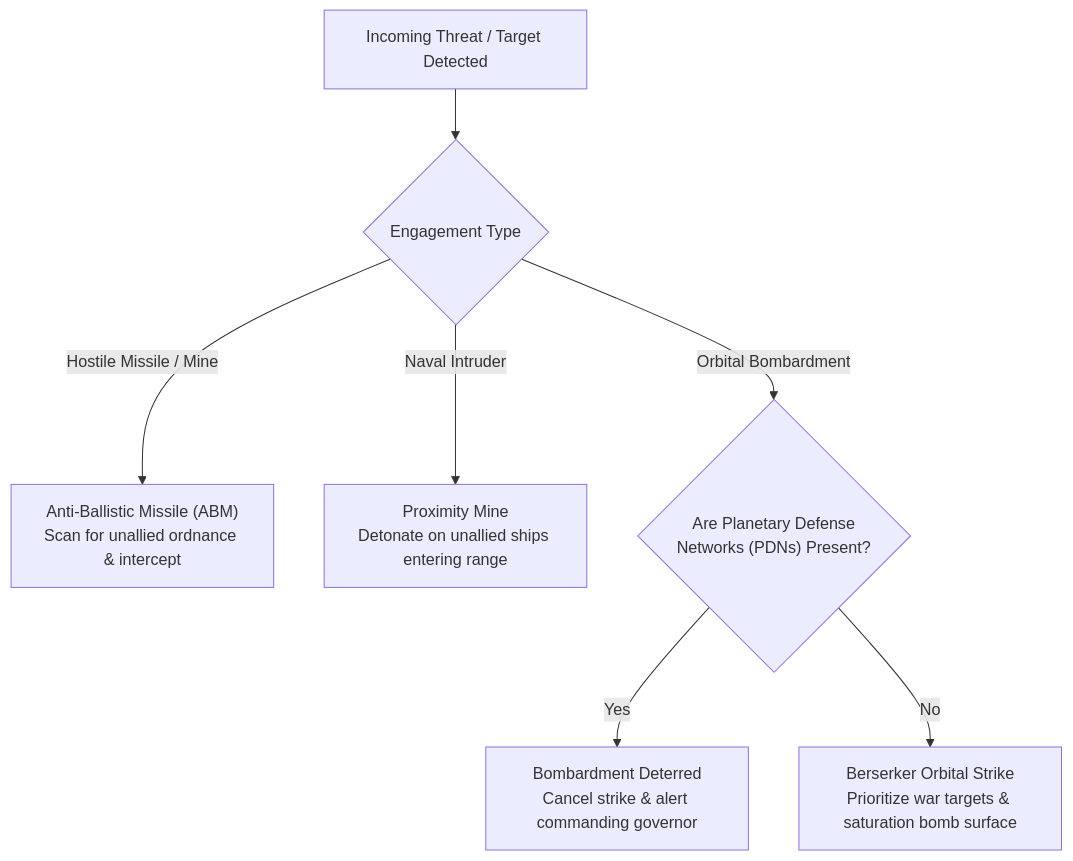
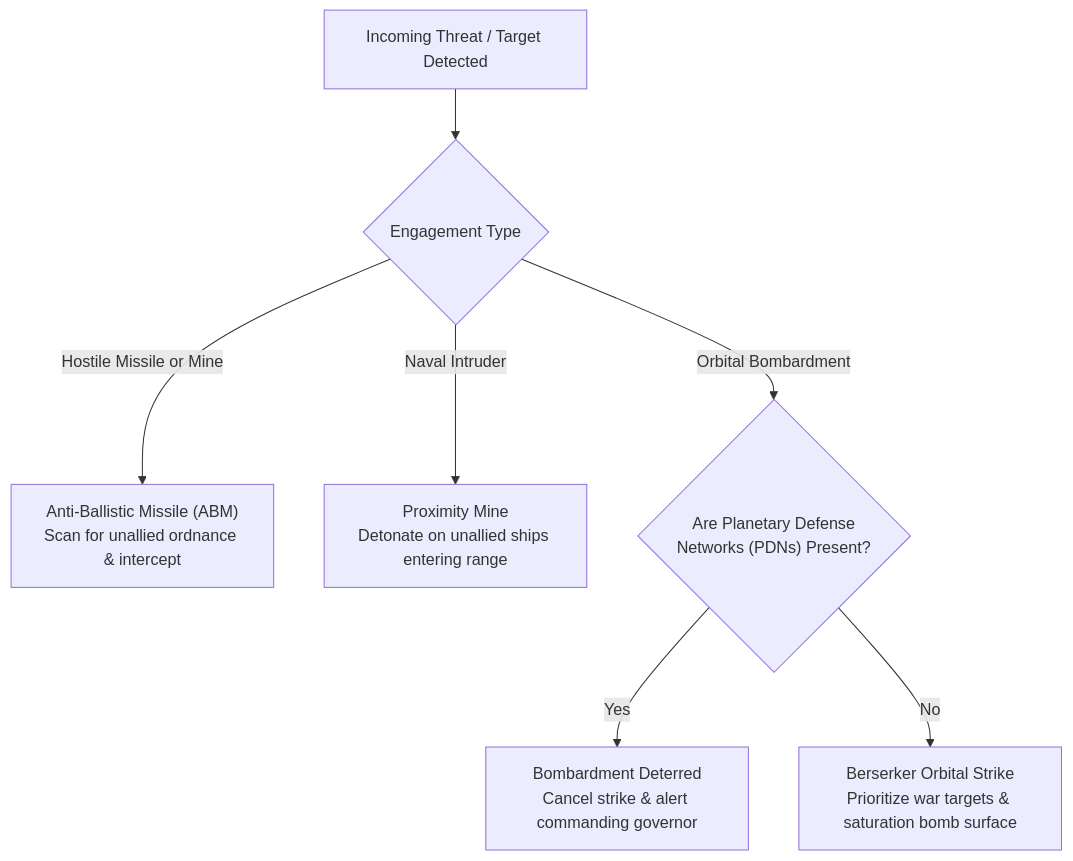
The fourth of 4 diagrams in docs/ships.md (kaladron/galactic-bloodshed), drawn with Mermaid before and after one commit. The commit also changed other lines of this file and 9 other files, not shown here.

First line of the commit message:
docs: format inline math in lists, quote mermaid edge labels, and update skill

````diff
--- a/docs/ships.md
+++ b/docs/ships.md
@@ -217,9 +206,9 @@
 ```mermaid
 flowchart TD
     Target["Incoming Threat / Target Detected"] --> Type{"Engagement Type"}
-    Type -->|Hostile Missile / Mine| ABM["Anti-Ballistic Missile (ABM)\nScan for unallied ordnance & intercept"]
+    Type -->|"Hostile Missile or Mine"| ABM["Anti-Ballistic Missile (ABM)\nScan for unallied ordnance & intercept"]
     Type -->|Naval Intruder| Mine["Proximity Mine\nDetonate on unallied ships entering range"]
     Type -->|Orbital Bombardment| PDNCheck{"Are Planetary Defense\nNetworks (PDNs) Present?"}
     PDNCheck -->|Yes| Cancel["Bombardment Deterred\nCancel strike & alert commanding governor"]
     PDNCheck -->|No| Bombard["Berserker Orbital Strike\nPrioritize war targets & saturation bomb surface"]
 ```
````
